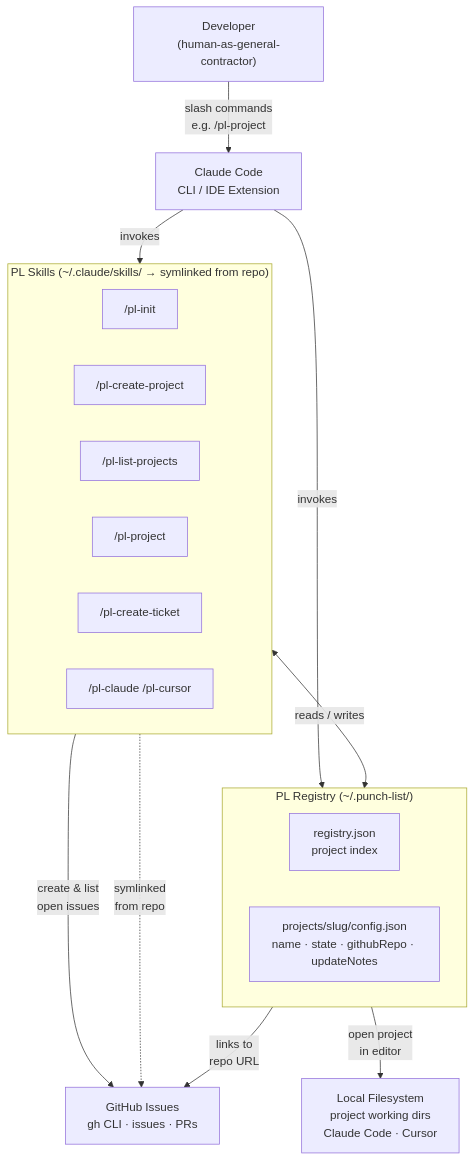
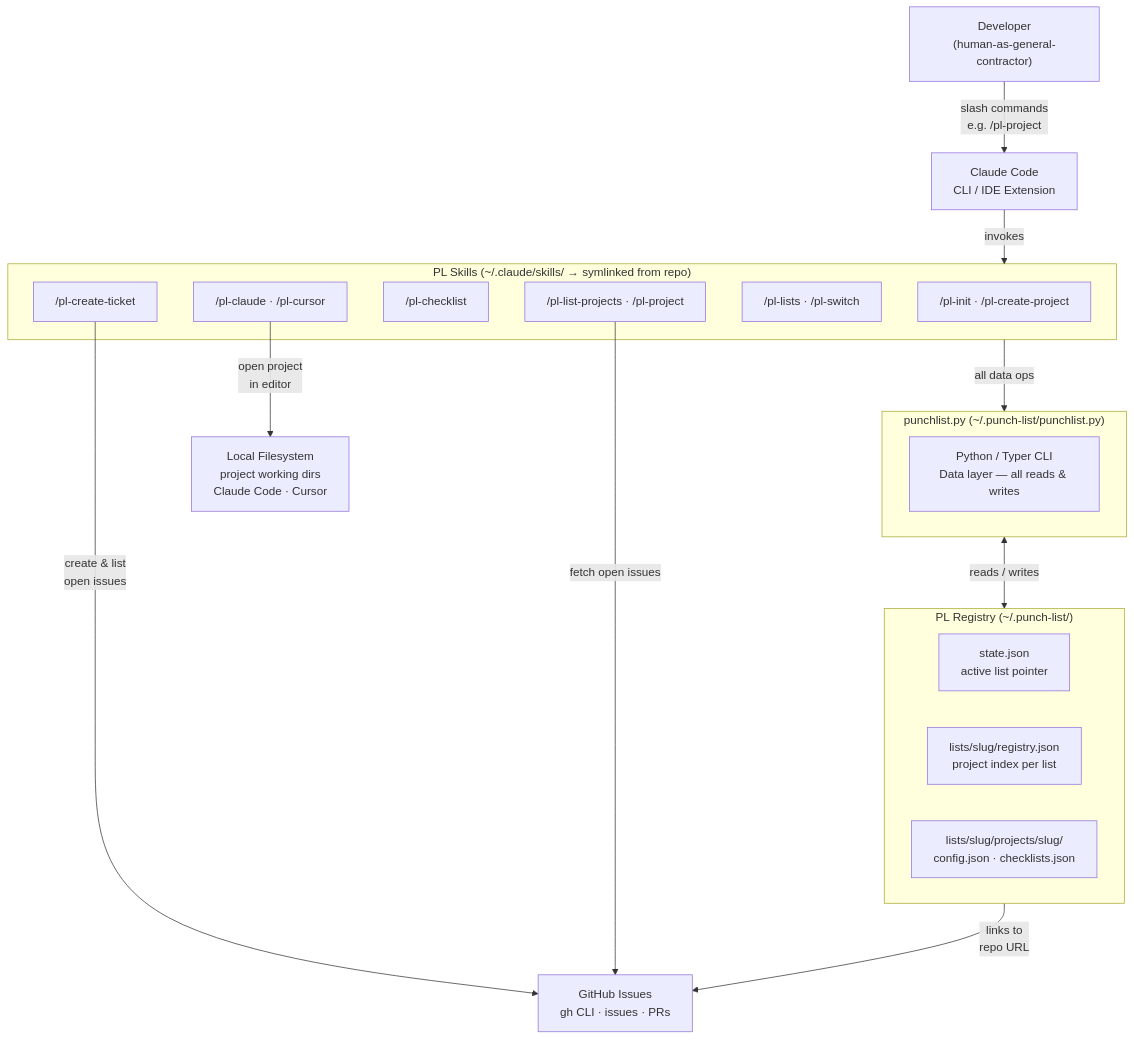
Before and after one commit to shuskey/punch-list: the diagram in README.md, drawn with Mermaid. The commit also changed other lines of this file, not shown here.

Commit message:
Update README for multi-list architecture, punchlist.py CLI, and new skills

````diff
--- a/README.md
+++ b/README.md
@@ -144,32 +151,37 @@
 ```mermaid
 flowchart TD
     User["Developer\n(human-as-general-contractor)"]
 
     Claude["Claude Code\nCLI / IDE Extension"]
 
     subgraph Skills ["PL Skills  (~/.claude/skills/ → symlinked from repo)"]
-        S1["/pl-init"]
-        S2["/pl-create-project"]
-        S3["/pl-list-projects"]
-        S4["/pl-project"]
-        S5["/pl-create-ticket"]
-        S6["/pl-claude  /pl-cursor"]
+        S1["/pl-init · /pl-create-project"]
+        S2["/pl-list-projects · /pl-project"]
+        S3["/pl-checklist"]
+        S4["/pl-create-ticket"]
+        S5["/pl-lists · /pl-switch"]
+        S6["/pl-claude · /pl-cursor"]
+    end
+
+    subgraph CLI ["punchlist.py  (~/.punch-list/punchlist.py)"]
+        P1["Python / Typer CLI\nData layer — all reads & writes"]
     end
 
     subgraph Registry ["PL Registry  (~/.punch-list/)"]
-        R1["registry.json\nproject index"]
-        R2["projects/slug/config.json\nname · state · githubRepo · updateNotes"]
+        R1["state.json\nactive list pointer"]
+        R2["lists/slug/registry.json\nproject index per list"]
+        R3["lists/slug/projects/slug/\nconfig.json · checklists.json"]
     end
 
     GitHub["GitHub Issues\ngh CLI · issues · PRs"]
     Local["Local Filesystem\nproject working dirs\nClaude Code · Cursor"]
 
     User -->|"slash commands\ne.g. /pl-project"| Claude
     Claude -->|invokes| Skills
-    Claude -->|invokes| Registry
-    Skills <-->|"reads / writes"| Registry
-    Skills -->|"create & list\nopen issues"| GitHub
-    Skills -.->|"symlinked\nfrom repo"| GitHub
+    Skills -->|"all data ops"| CLI
+    CLI <-->|"reads / writes"| Registry
+    S4 -->|"create & list\nopen issues"| GitHub
+    S2 -->|"fetch open issues"| GitHub
     Registry -->|"links to\nrepo URL"| GitHub
-    Registry -->|"open project\nin editor"| Local
+    S6 -->|"open project\nin editor"| Local
 ```
````
